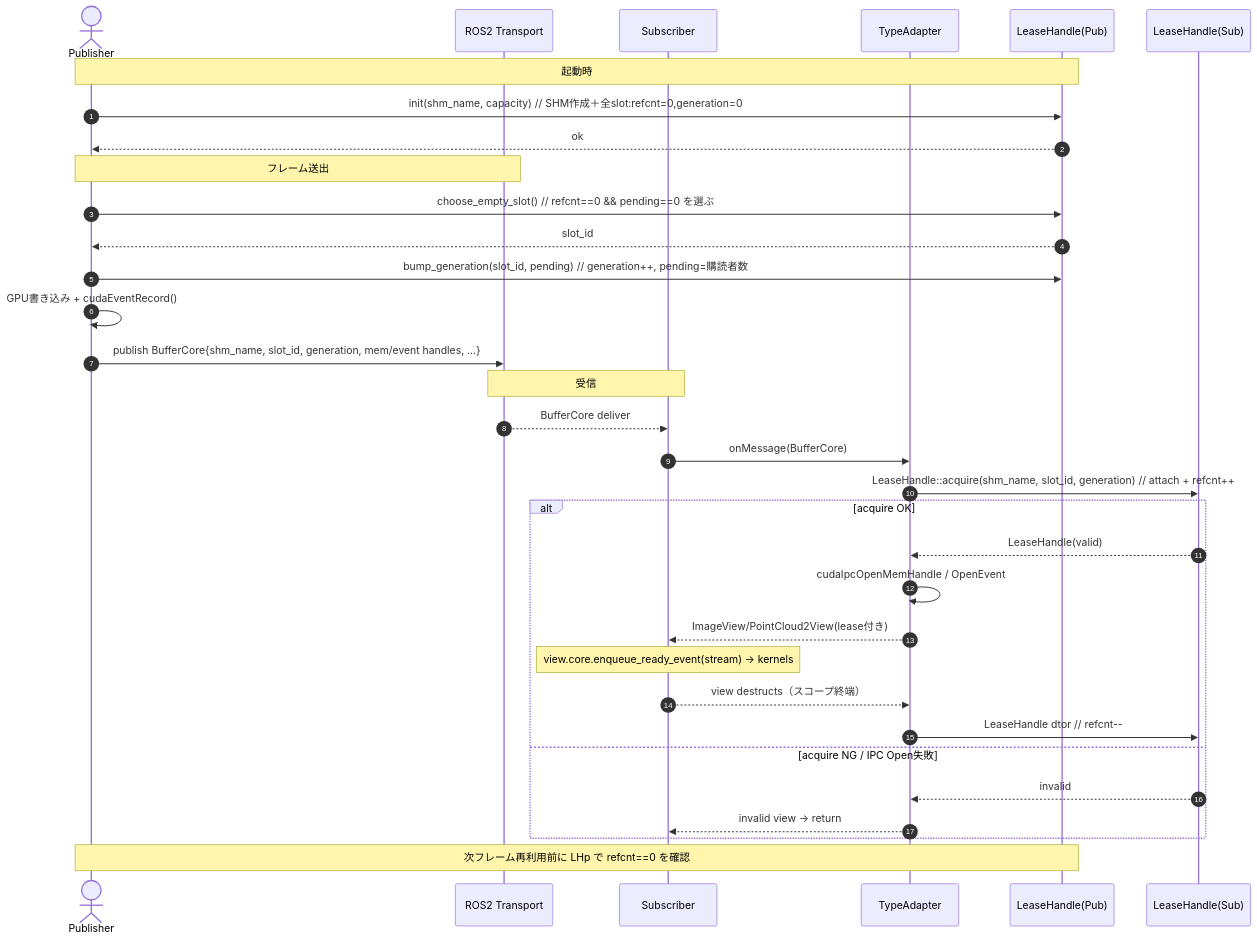
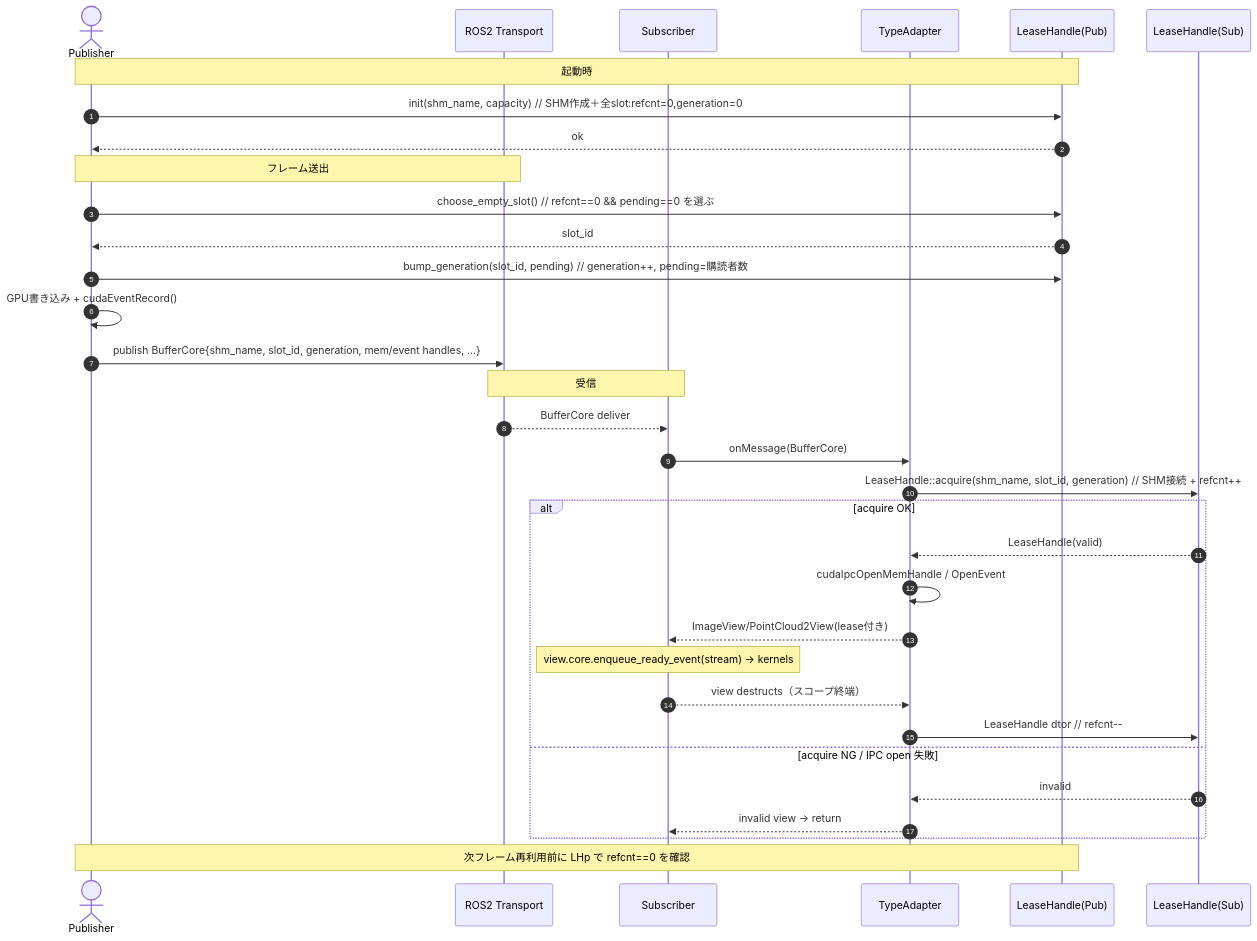
One commit to dskkato/ros2_cuda_ipc changed the second of 2 diagrams in doc/lease_handle.md. Above: the diagram before and after it, drawn with Mermaid. The commit also changed other lines of this file and 1 other file, not shown here.

Commit message:
Fix formatting and wording inconsistencies in design and lease handle documentation

````diff
--- a/doc/lease_handle.md
+++ b/doc/lease_handle.md
@@ -397,40 +399,40 @@
 ```mermaid
 sequenceDiagram
   autonumber
   actor Pub as Publisher
   participant DDS as ROS2 Transport
   participant Sub as Subscriber
   participant TA as TypeAdapter
   participant LHp as LeaseHandle(Pub)
   participant LHs as LeaseHandle(Sub)
 
   Note over Pub,LHp: 起動時
   Pub->>LHp: init(shm_name, capacity)  // SHM作成＋全slot:refcnt=0,generation=0
   LHp-->>Pub: ok
 
   Note over Pub,DDS: フレーム送出
   Pub->>LHp: choose_empty_slot()  // refcnt==0 && pending==0 を選ぶ
   LHp-->>Pub: slot_id
   Pub->>LHp: bump_generation(slot_id, pending)  // generation++, pending=購読者数
   Pub->>Pub: GPU書き込み + cudaEventRecord()
   Pub->>DDS: publish BufferCore{shm_name, slot_id, generation, mem/event handles, ...}
 
   Note over DDS,Sub: 受信
   DDS-->>Sub: BufferCore deliver
 
   Sub->>TA: onMessage(BufferCore)
-  TA->>LHs: LeaseHandle::acquire(shm_name, slot_id, generation)  // attach + refcnt++
+  TA->>LHs: LeaseHandle::acquire(shm_name, slot_id, generation)  // SHM接続 + refcnt++
   alt acquire OK
     LHs-->>TA: LeaseHandle(valid)
     TA->>TA: cudaIpcOpenMemHandle / OpenEvent
     TA-->>Sub: ImageView/PointCloud2View(lease付き)
     Note over Sub: view.core.enqueue_ready_event(stream) → kernels
     Sub-->>TA: view destructs（スコープ終端）
     TA->>LHs: LeaseHandle dtor  // refcnt--
-  else acquire NG / IPC Open失敗
+  else acquire NG / IPC open 失敗
     LHs-->>TA: invalid
     TA-->>Sub: invalid view → return
   end
 
   Note over Pub,LHp: 次フレーム再利用前に LHp で refcnt==0 を確認
 ```
````
